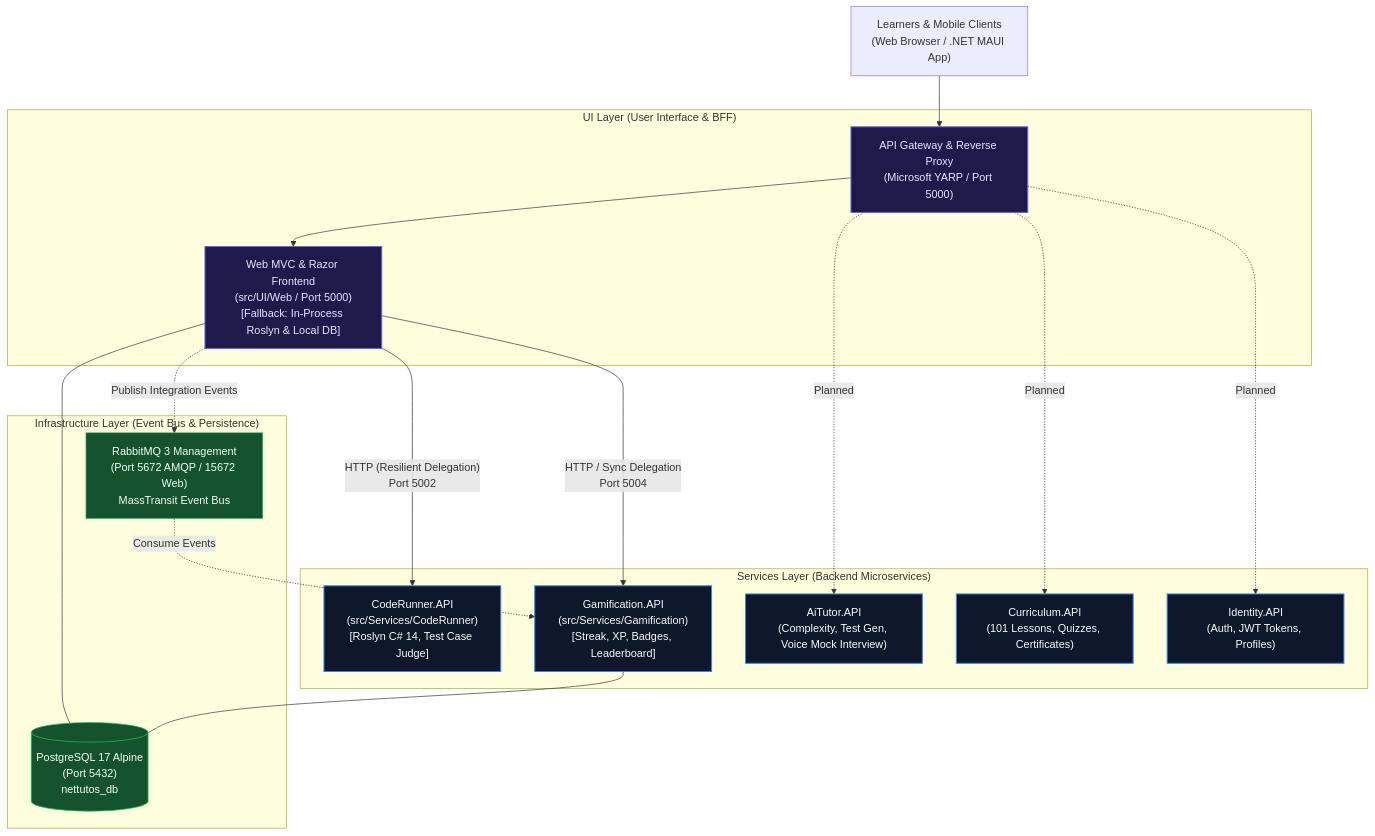
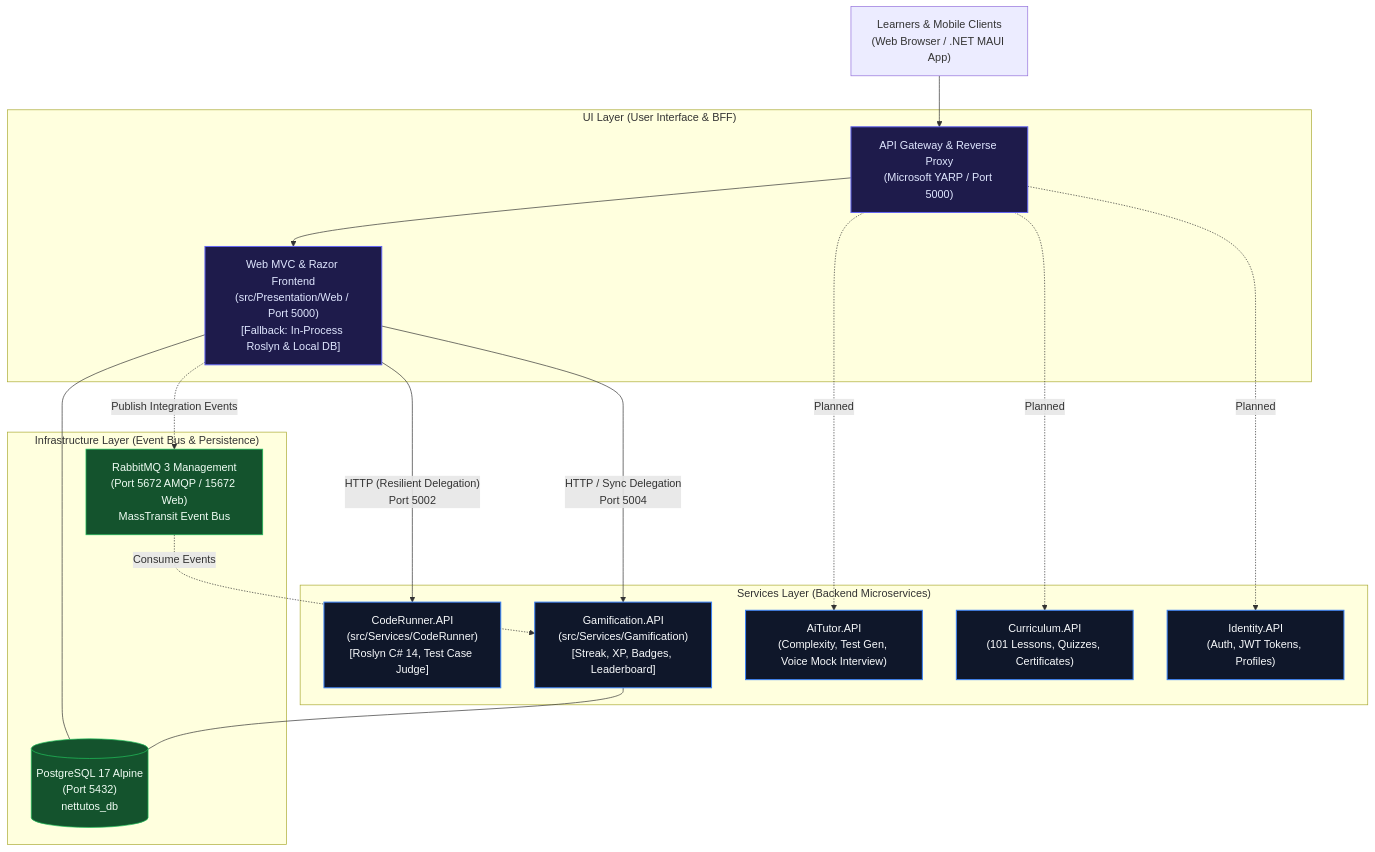
The first of 2 diagrams in docs/09_microservices_architecture_and_migration.md (KaitoDeus/NET-Tutos), drawn with Mermaid before and after one commit. The commit also changed other lines of this file and 330 other files, not shown here.

Commit message:
refactor(arch): rename UI layer to Presentation layer following Clean Architecture

````diff
--- a/docs/09_microservices_architecture_and_migration.md
+++ b/docs/09_microservices_architecture_and_migration.md
@@ -23,34 +23,34 @@
 ```mermaid
 flowchart TD
     Clients["Learners & Mobile Clients\n(Web Browser / .NET MAUI App)"] --> YARP["API Gateway & Reverse Proxy\n(Microsoft YARP / Port 5000)"]
     
     subgraph Frontend_BFF["UI Layer (User Interface & BFF)"]
-        YARP --> WebApp["Web MVC & Razor Frontend\n(src/UI/Web / Port 5000)\n[Fallback: In-Process Roslyn & Local DB]"]
+        YARP --> WebApp["Web MVC & Razor Frontend\n(src/Presentation/Web / Port 5000)\n[Fallback: In-Process Roslyn & Local DB]"]
     end
 
     subgraph Microservices_Ecosystem["Services Layer (Backend Microservices)"]
         WebApp -- "HTTP (Resilient Delegation)\nPort 5002" --> SvcRunner["CodeRunner.API\n(src/Services/CodeRunner)\n[Roslyn C# 14, Test Case Judge]"]
         WebApp -- "HTTP / Sync Delegation\nPort 5004" --> SvcGamify["Gamification.API\n(src/Services/Gamification)\n[Streak, XP, Badges, Leaderboard]"]
         YARP -. "Planned" .-> SvcAI["AiTutor.API\n(Complexity, Test Gen, Voice Mock Interview)"]
         YARP -. "Planned" .-> SvcCurriculum["Curriculum.API\n(101 Lessons, Quizzes, Certificates)"]
         YARP -. "Planned" .-> SvcIdentity["Identity.API\n(Auth, JWT Tokens, Profiles)"]
     end
 
     subgraph Messaging_Persistence["Infrastructure Layer (Event Bus & Persistence)"]
         RabbitMQ["RabbitMQ 3 Management\n(Port 5672 AMQP / 15672 Web)\nMassTransit Event Bus"]
         Postgres[("PostgreSQL 17 Alpine\n(Port 5432)\nnettutos_db")]
         
         WebApp --- Postgres
         SvcGamify --- Postgres
         WebApp -. "Publish Integration Events" .-> RabbitMQ
         RabbitMQ -. "Consume Events" .-> SvcGamify
     end
 
     classDef gw fill:#1e1b4b,stroke:#6366f1,stroke-width:1.5px,color:#e0e7ff;
     classDef svc fill:#0f172a,stroke:#3b82f6,stroke-width:1.5px,color:#f8fafc;
     classDef infra fill:#14532d,stroke:#22c55e,stroke-width:1px,color:#f0fdf4;
 
     class YARP,WebApp gw;
     class SvcRunner,SvcAI,SvcGamify,SvcCurriculum,SvcIdentity svc;
     class RabbitMQ,Postgres infra;
 ```
````
